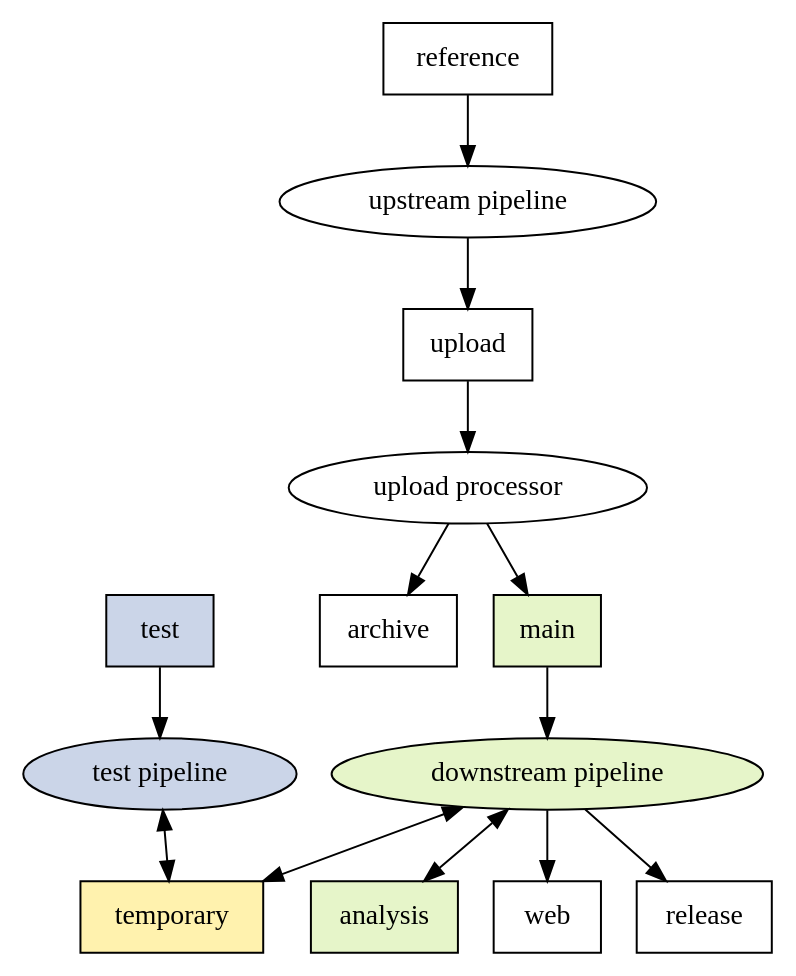
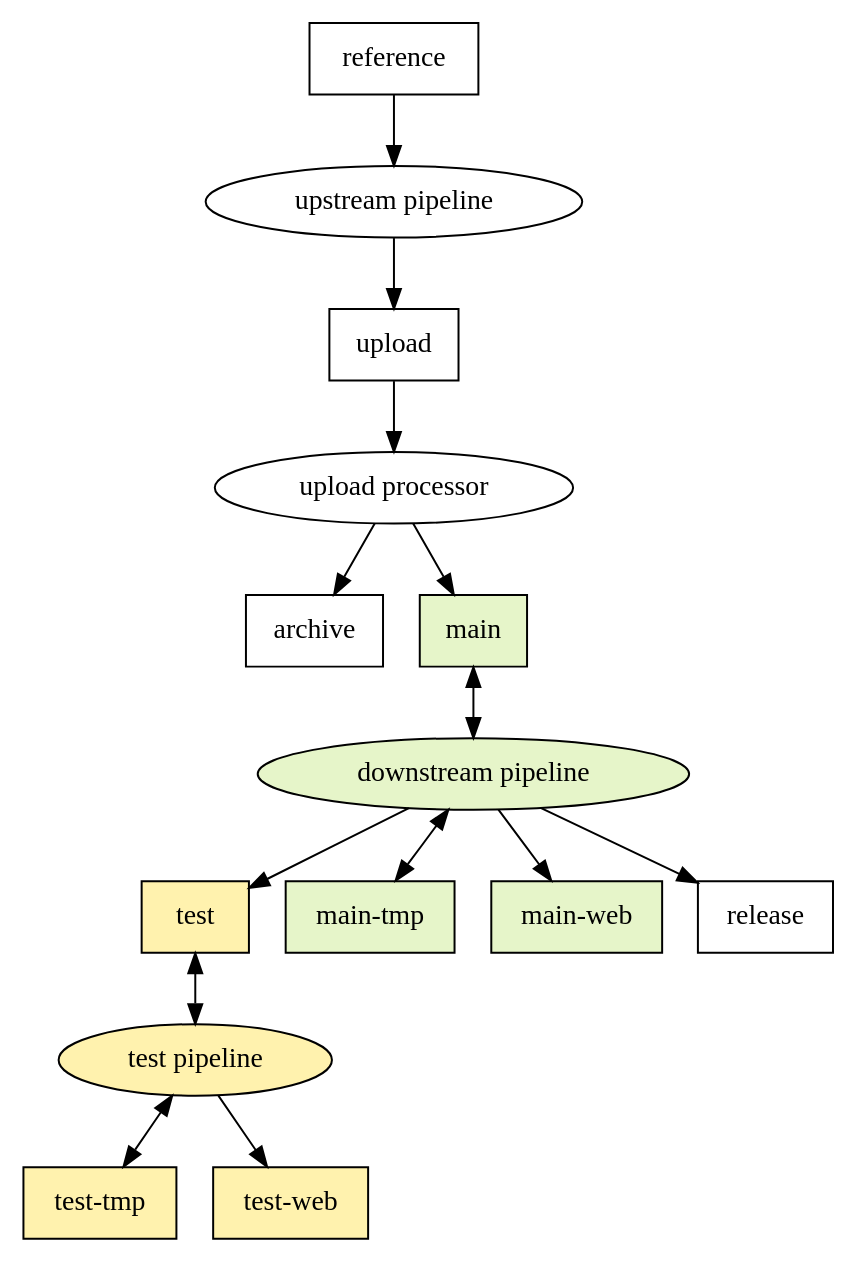
Before and after one commit to populationgenomics/team-docs: the diagram in storage_policies/figures/dataflow.dot, drawn with Graphviz. The commit also changed 2 other files, not shown here.

```diff
--- a/storage_policies/figures/dataflow.dot
+++ b/storage_policies/figures/dataflow.dot
@@ -1,30 +1,32 @@
 digraph dataflow {
     node [colorscheme=pastel28, style=filled, fillcolor=white];
 
     upstream_pipeline [label="upstream pipeline"]
     downstream_pipeline [label="downstream pipeline", fillcolor=5]
-    test_pipeline [label="test pipeline", fillcolor=3]
+    test_pipeline [label="test pipeline", fillcolor=6]
     upload_processor [label="upload processor"]
     reference [shape=box]
     upload [shape=box]
     archive [shape=box]
     main [shape=box, fillcolor=5]
-    test [shape=box, fillcolor=3]
-    temporary [shape=box, fillcolor=6]
-    analysis [shape=box, fillcolor=5]
-    web [shape=box]
+    test [shape=box, fillcolor=6]
+    "main-tmp" [shape=box, fillcolor=5]
+    "main-web" [shape=box, fillcolor=5]
+    "test-tmp" [shape=box, fillcolor=6]
+    "test-web" [shape=box, fillcolor=6]
     release [shape=box]
 
     reference -> upstream_pipeline
     upstream_pipeline -> upload
     upload -> upload_processor
     upload_processor -> archive
     upload_processor -> main
-    main -> downstream_pipeline
-    downstream_pipeline -> temporary [dir=both]
-    downstream_pipeline -> analysis [dir=both]
-    downstream_pipeline -> web
+    main -> downstream_pipeline [dir=both]
+    downstream_pipeline -> "main-tmp" [dir=both]
+    downstream_pipeline -> "main-web"
     downstream_pipeline -> release
-    test -> test_pipeline
-    test_pipeline -> temporary [dir=both]
+    downstream_pipeline -> test
+    test -> test_pipeline [dir=both]
+    test_pipeline -> "test-tmp" [dir=both]
+    test_pipeline -> "test-web"
 }
```
